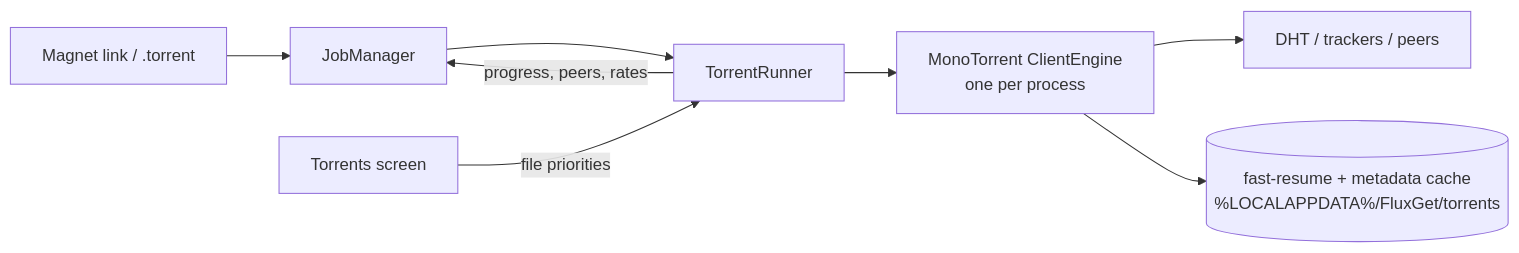
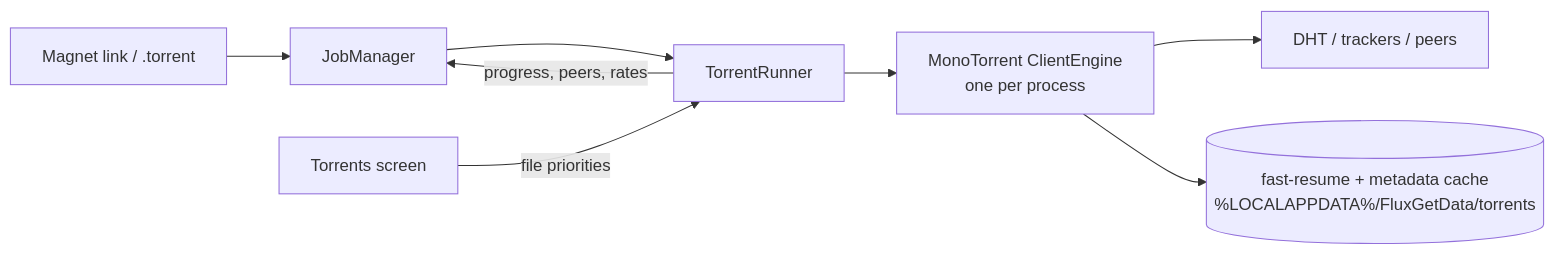
One commit to maestroohk/fluxget changed the sixth of 8 diagrams in docs/ARCHITECTURE.md. Above: the diagram before and after it, drawn with Mermaid. The commit also changed other lines of this file and 15 other files, not shown here.

````diff
--- a/docs/ARCHITECTURE.md
+++ b/docs/ARCHITECTURE.md
@@ -167,9 +167,9 @@
 ```mermaid
 flowchart LR
   add[Magnet link / .torrent] --> jm[JobManager] --> tr[TorrentRunner]
   tr --> ce[MonoTorrent ClientEngine<br/>one per process]
   ce --> dht[DHT / trackers / peers]
-  ce --> fr[(fast-resume + metadata cache<br/>%LOCALAPPDATA%/FluxGet/torrents)]
+  ce --> fr[(fast-resume + metadata cache<br/>%LOCALAPPDATA%/FluxGetData/torrents)]
   tr -- progress, peers, rates --> jm
   ui[Torrents screen] -- file priorities --> tr
 ```
````
